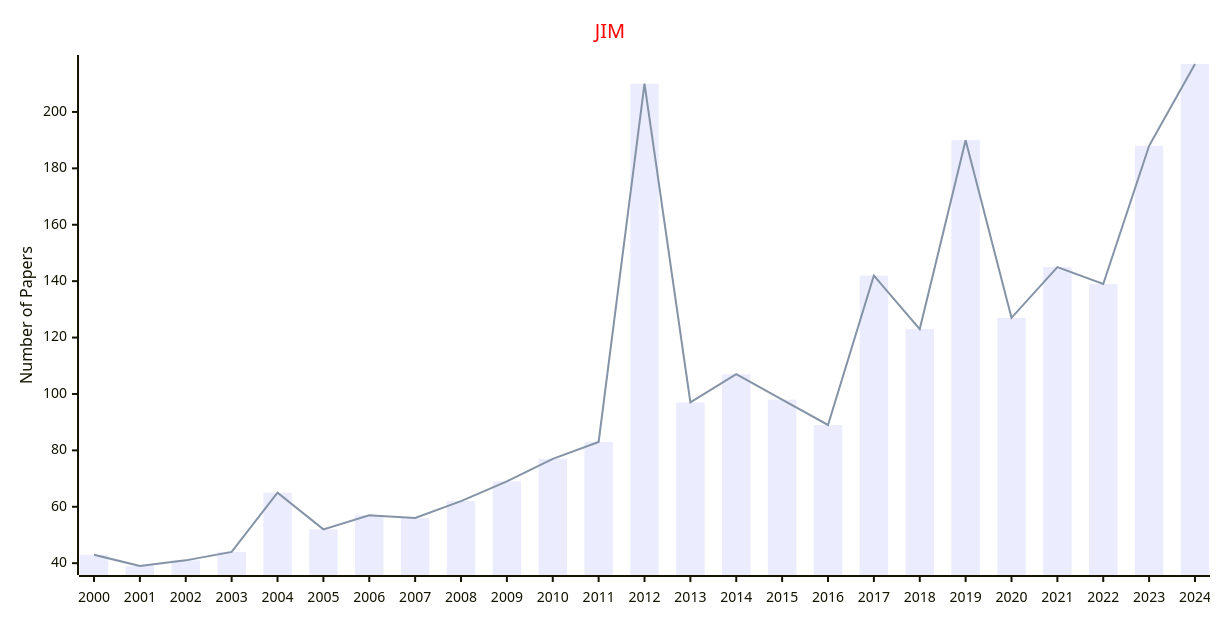
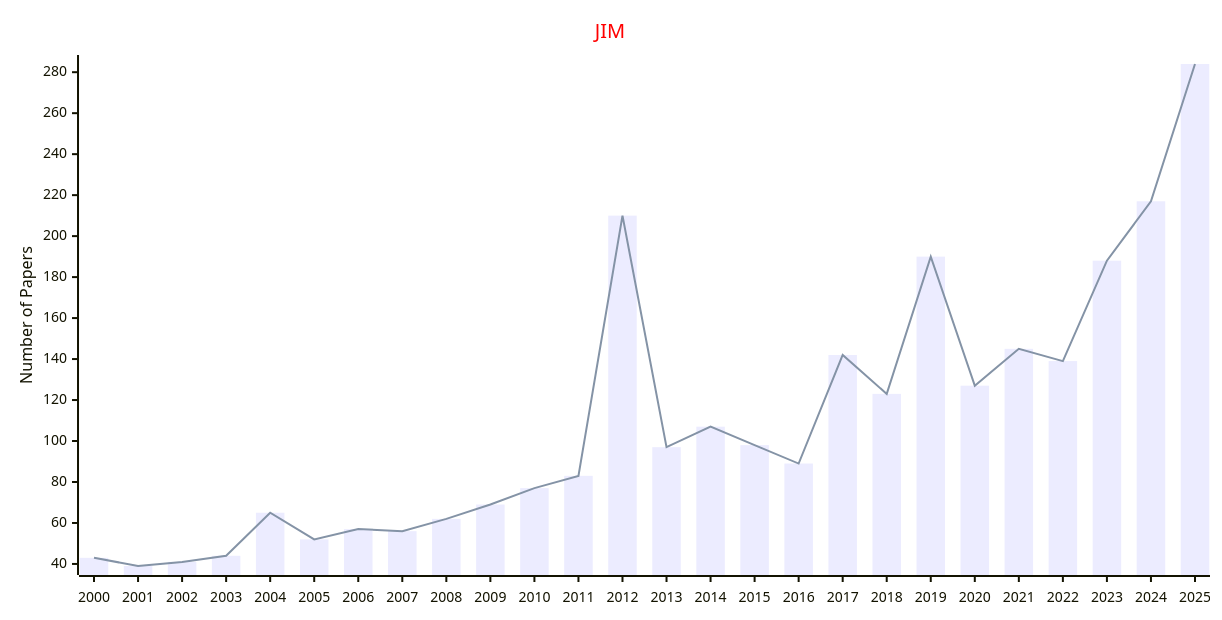
One commit to Easy-PhD/AILinks changed the diagram in docs/data/Journals/Statistics_Journals/Intelligent_Manufacture.md. Above: the diagram before and after it, drawn with Mermaid. The commit also changed 107 other files, not shown here.

````diff
--- a/docs/data/Journals/Statistics_Journals/Intelligent_Manufacture.md
+++ b/docs/data/Journals/Statistics_Journals/Intelligent_Manufacture.md
@@ -9,17 +9,17 @@
 ```mermaid
 ---
 config:
     xyChart:
         width: 1200
         height: 600
     themeVariables:
         xyChart:
             titleColor: "#ff0000"
 ---
 xychart-beta
     title "JIM"
-    x-axis [2000, 2001, 2002, 2003, 2004, 2005, 2006, 2007, 2008, 2009, 2010, 2011, 2012, 2013, 2014, 2015, 2016, 2017, 2018, 2019, 2020, 2021, 2022, 2023, 2024]
+    x-axis [2000, 2001, 2002, 2003, 2004, 2005, 2006, 2007, 2008, 2009, 2010, 2011, 2012, 2013, 2014, 2015, 2016, 2017, 2018, 2019, 2020, 2021, 2022, 2023, 2024, 2025]
     y-axis "Number of Papers"
-    bar [43, 39, 41, 44, 65, 52, 57, 56, 62, 69, 77, 83, 210, 97, 107, 98, 89, 142, 123, 190, 127, 145, 139, 188, 217]
-    line [43, 39, 41, 44, 65, 52, 57, 56, 62, 69, 77, 83, 210, 97, 107, 98, 89, 142, 123, 190, 127, 145, 139, 188, 217]
+    bar [43, 39, 41, 44, 65, 52, 57, 56, 62, 69, 77, 83, 210, 97, 107, 98, 89, 142, 123, 190, 127, 145, 139, 188, 217, 284]
+    line [43, 39, 41, 44, 65, 52, 57, 56, 62, 69, 77, 83, 210, 97, 107, 98, 89, 142, 123, 190, 127, 145, 139, 188, 217, 284]
 ```
````
